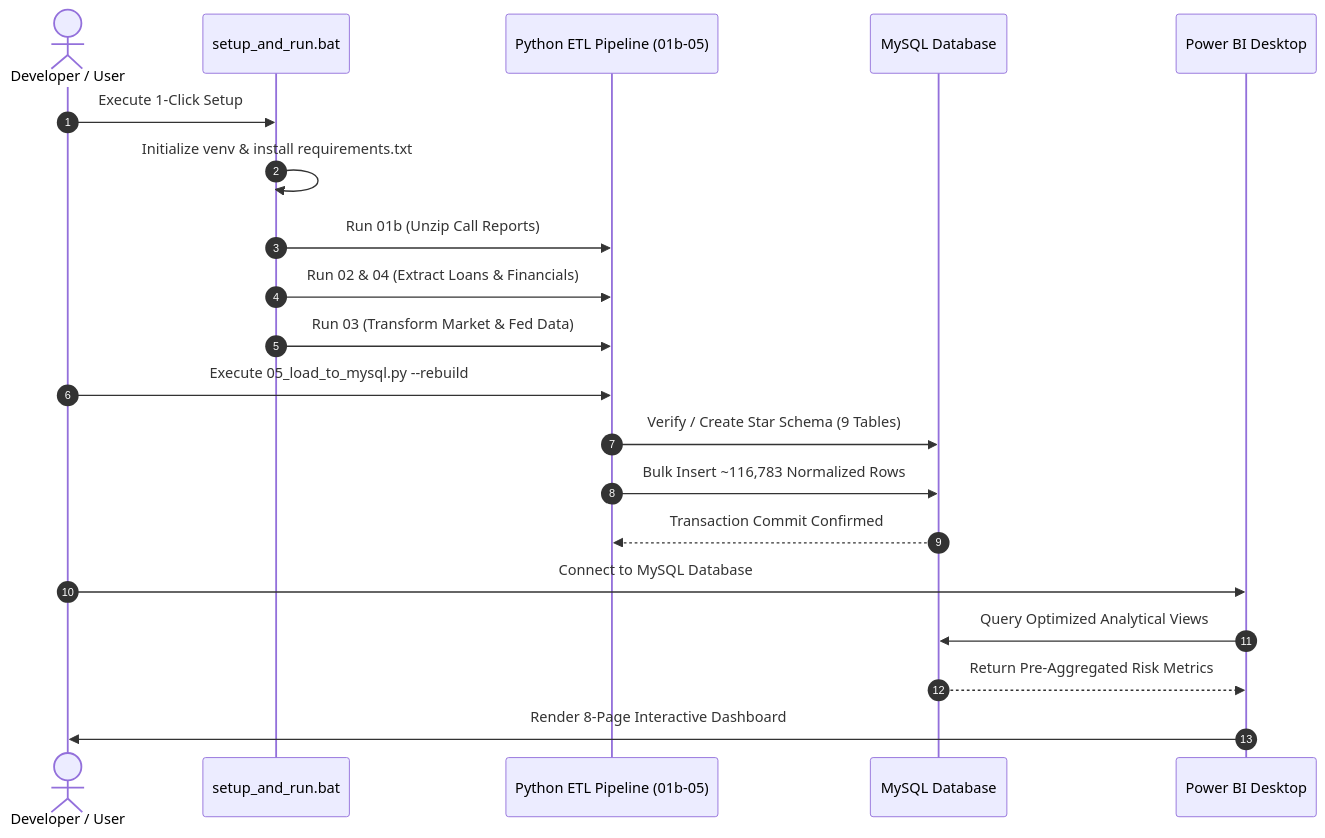
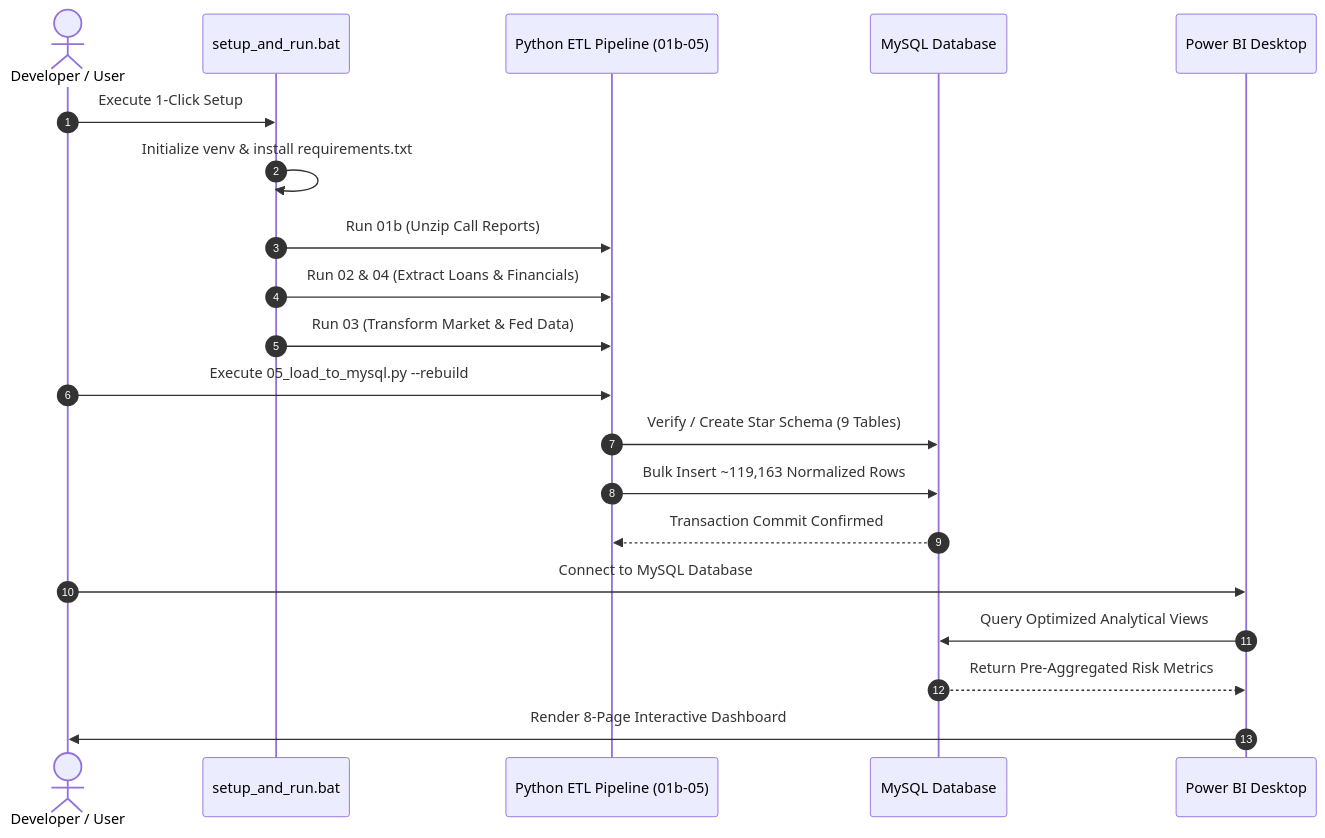
The sixth of 11 diagrams in docs/04_System_Analysis_and_Design.md (abdalatyf/Financial_Risk_EWS), drawn with Mermaid before and after one commit. The commit also changed other lines of this file and 6 other files, not shown here.

````diff
--- a/docs/04_System_Analysis_and_Design.md
+++ b/docs/04_System_Analysis_and_Design.md
@@ -255,23 +255,23 @@
 ```mermaid
 sequenceDiagram
     autonumber
     actor Dev as Developer / User
     participant Bat as setup_and_run.bat
     participant Py as Python ETL Pipeline (01b-05)
     participant DB as MySQL Database
     participant BI as Power BI Desktop
 
     Dev->>Bat: Execute 1-Click Setup
     Bat->>Bat: Initialize venv & install requirements.txt
     Bat->>Py: Run 01b (Unzip Call Reports)
     Bat->>Py: Run 02 & 04 (Extract Loans & Financials)
     Bat->>Py: Run 03 (Transform Market & Fed Data)
     Dev->>Py: Execute 05_load_to_mysql.py --rebuild
     Py->>DB: Verify / Create Star Schema (9 Tables)
-    Py->>DB: Bulk Insert ~116,783 Normalized Rows
+    Py->>DB: Bulk Insert ~119,163 Normalized Rows
     DB-->>Py: Transaction Commit Confirmed
     Dev->>BI: Connect to MySQL Database
     BI->>DB: Query Optimized Analytical Views
     DB-->>BI: Return Pre-Aggregated Risk Metrics
     BI->>Dev: Render 8-Page Interactive Dashboard
 ```
````
